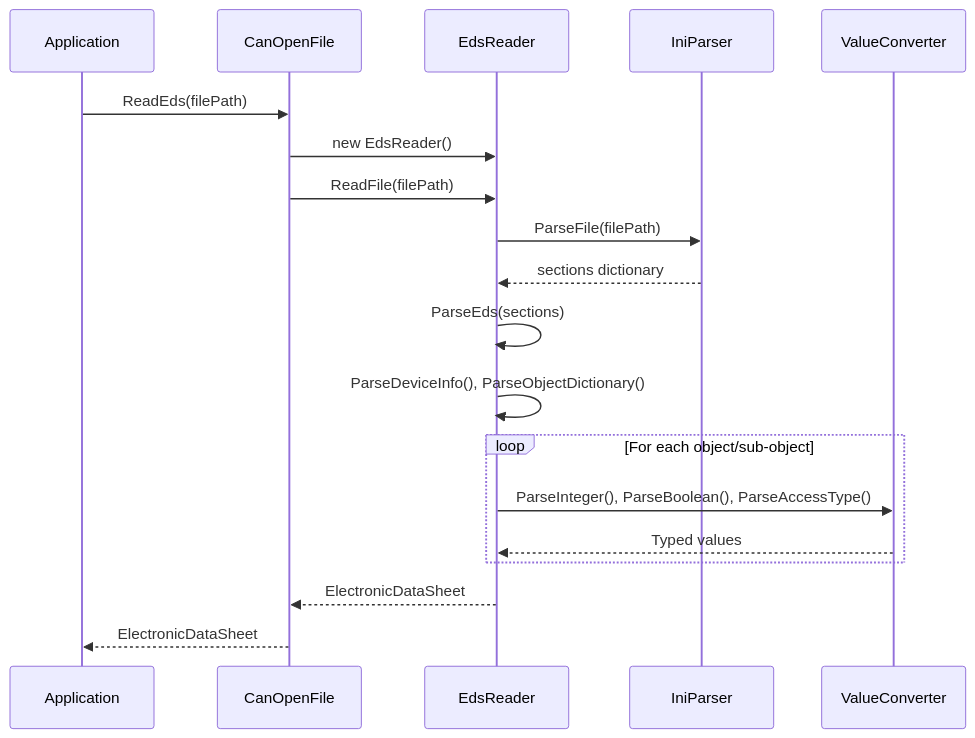
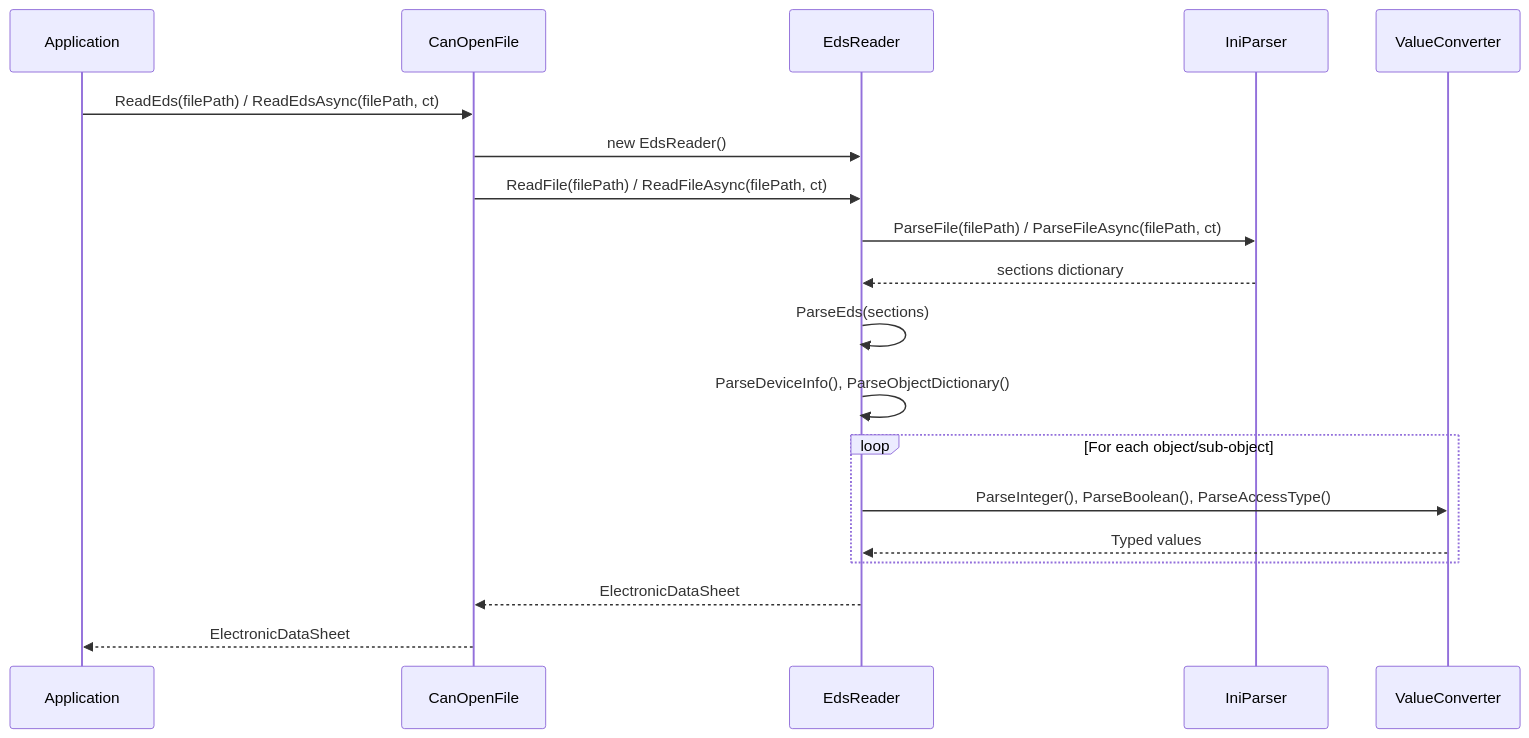
The first of 8 diagrams in docs/architecture/06-runtime-view.md (dborgards/eds-dcf-net), drawn with Mermaid before and after one commit. The commit also changed other lines of this file and 27 other files, not shown here.

First line of the commit message:
feat(io): add async read/write APIs for CANopen files (#94)

````diff
--- a/docs/architecture/06-runtime-view.md
+++ b/docs/architecture/06-runtime-view.md
@@ -5,24 +9,24 @@
 ```mermaid
 sequenceDiagram
     participant App as Application
     participant CF as CanOpenFile
     participant ER as EdsReader
     participant IP as IniParser
     participant VC as ValueConverter
 
-    App->>CF: ReadEds(filePath)
+    App->>CF: ReadEds(filePath) / ReadEdsAsync(filePath, ct)
     CF->>ER: new EdsReader()
-    CF->>ER: ReadFile(filePath)
-    ER->>IP: ParseFile(filePath)
+    CF->>ER: ReadFile(filePath) / ReadFileAsync(filePath, ct)
+    ER->>IP: ParseFile(filePath) / ParseFileAsync(filePath, ct)
     IP-->>ER: sections dictionary
     ER->>ER: ParseEds(sections)
     ER->>ER: ParseDeviceInfo(), ParseObjectDictionary()
 
     loop For each object/sub-object
         ER->>VC: ParseInteger(), ParseBoolean(), ParseAccessType()
         VC-->>ER: Typed values
     end
 
     ER-->>CF: ElectronicDataSheet
     CF-->>App: ElectronicDataSheet
 ```
````
